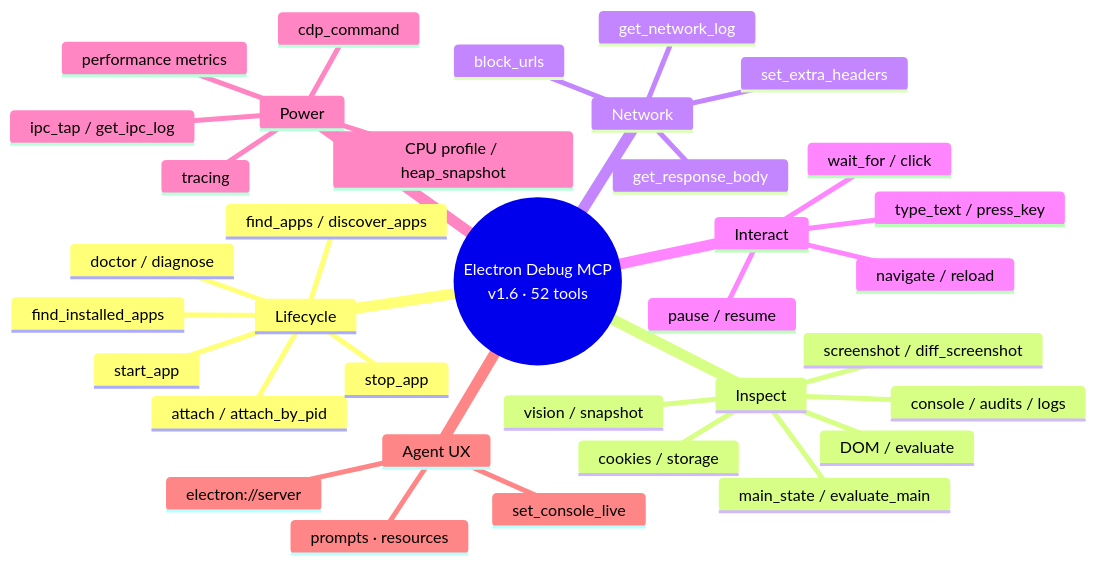
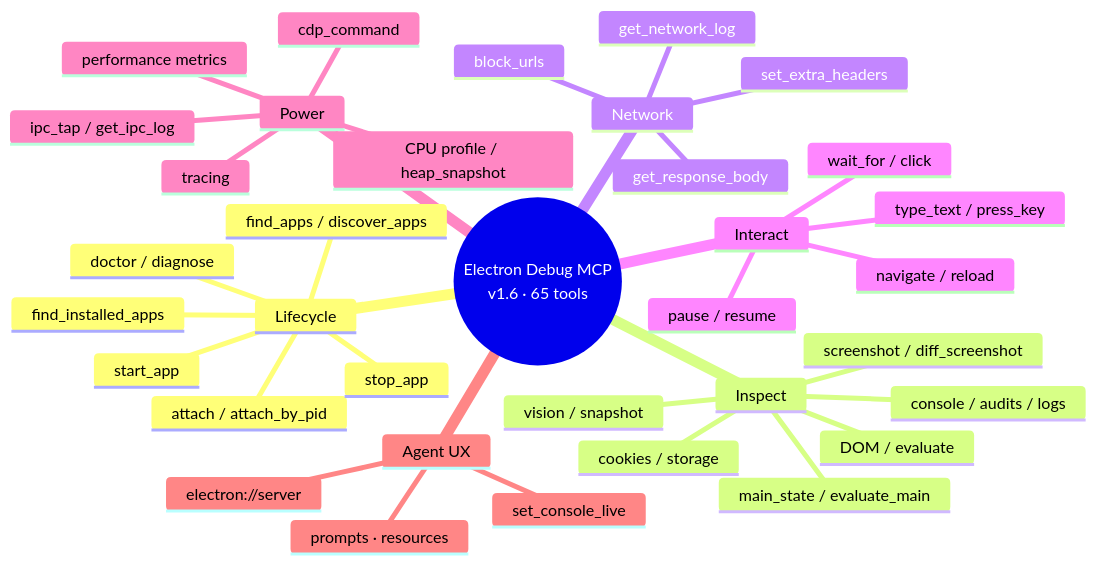
The first of 5 diagrams in README.md (amafjarkasi/electron-mcp-server), drawn with Mermaid before and after one commit. The commit also changed other lines of this file and 5 other files, not shown here.

````diff
--- a/README.md
+++ b/README.md
@@ -151,38 +154,38 @@
 ```mermaid
 mindmap
-  root((Electron Debug MCP<br/>v1.6 · 52 tools))
+  root((Electron Debug MCP<br/>v1.6 · 65 tools))
     Lifecycle
       start_app
       attach / attach_by_pid
       find_apps / discover_apps
       find_installed_apps
       doctor / diagnose
       stop_app
     Inspect
       vision / snapshot
       screenshot / diff_screenshot
       DOM / evaluate
       main_state / evaluate_main
       console / audits / logs
       cookies / storage
     Network
       get_network_log
       get_response_body
       block_urls
       set_extra_headers
     Interact
       wait_for / click
       type_text / press_key
       navigate / reload
       pause / resume
     Power
       tracing
       CPU profile / heap_snapshot
       performance metrics
       ipc_tap / get_ipc_log
       cdp_command
     Agent UX
       prompts · resources
       set_console_live
       electron://server
 ```
````
